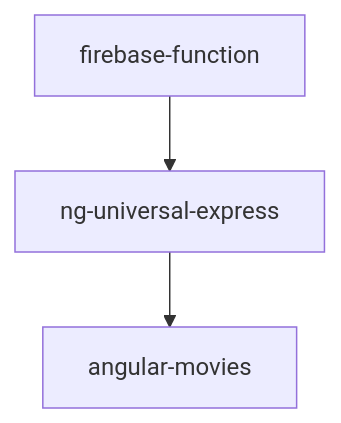
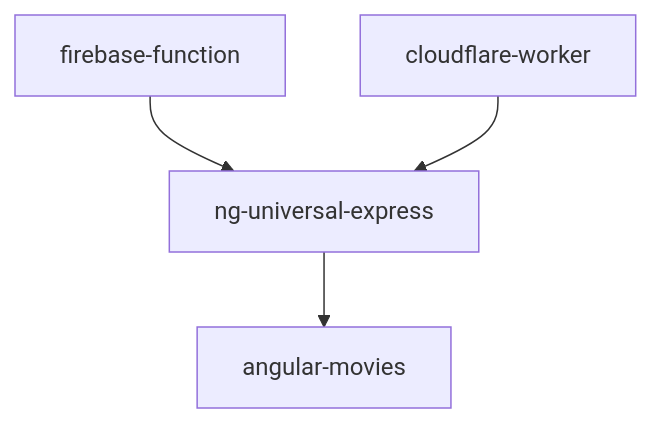
The second of 2 diagrams in CONTRIBUTING.md (tastejs/angular-movies), drawn with Mermaid before and after one commit. The commit also changed other lines of this file, not shown here.

Commit message:
fix: add docs for cloudflare-worker app

````diff
--- a/CONTRIBUTING.md
+++ b/CONTRIBUTING.md
@@ -20,5 +20,6 @@
 ```mermaid
 graph TD;
     ng-universal-express-->angular-movies;
     firebase-function-->ng-universal-express;
+    cloudflare-worker-->ng-universal-express;
 ```
````
